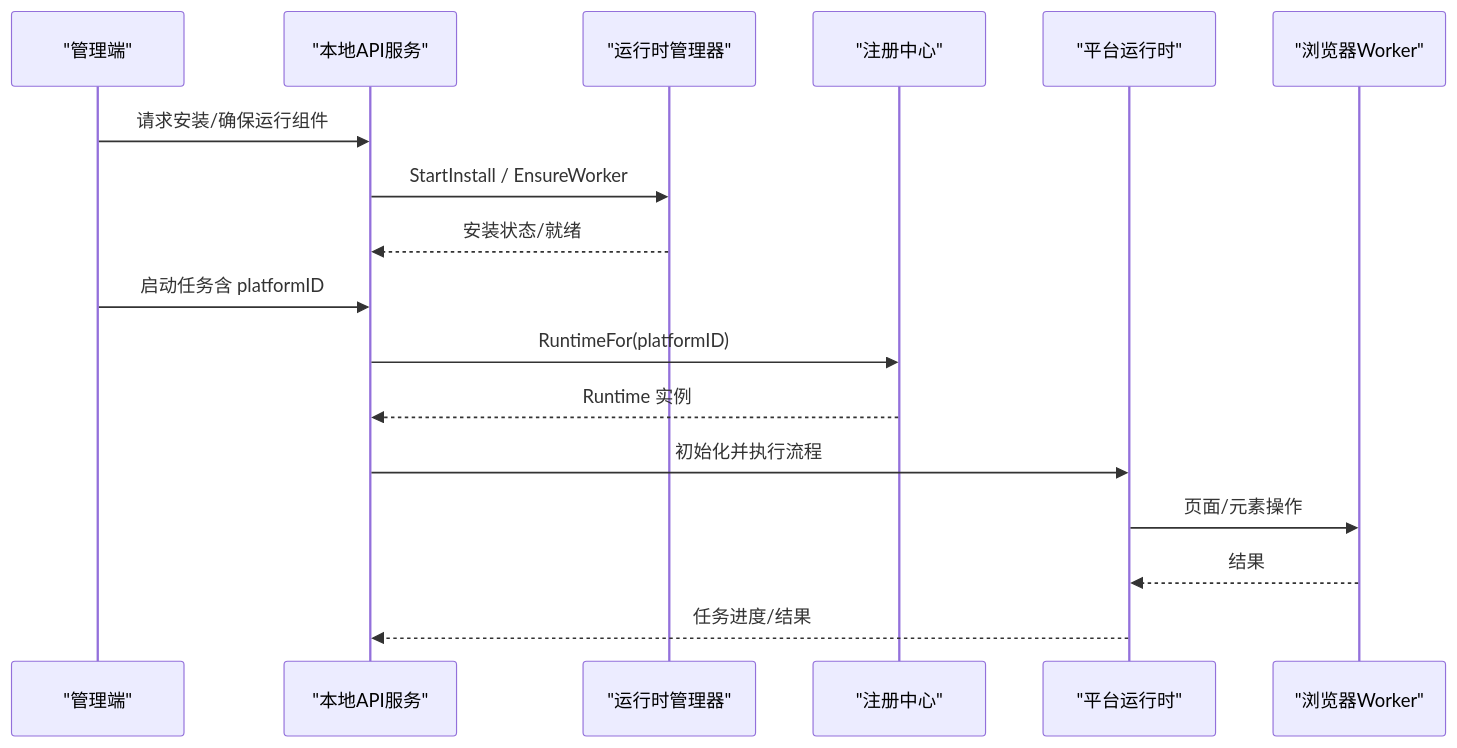
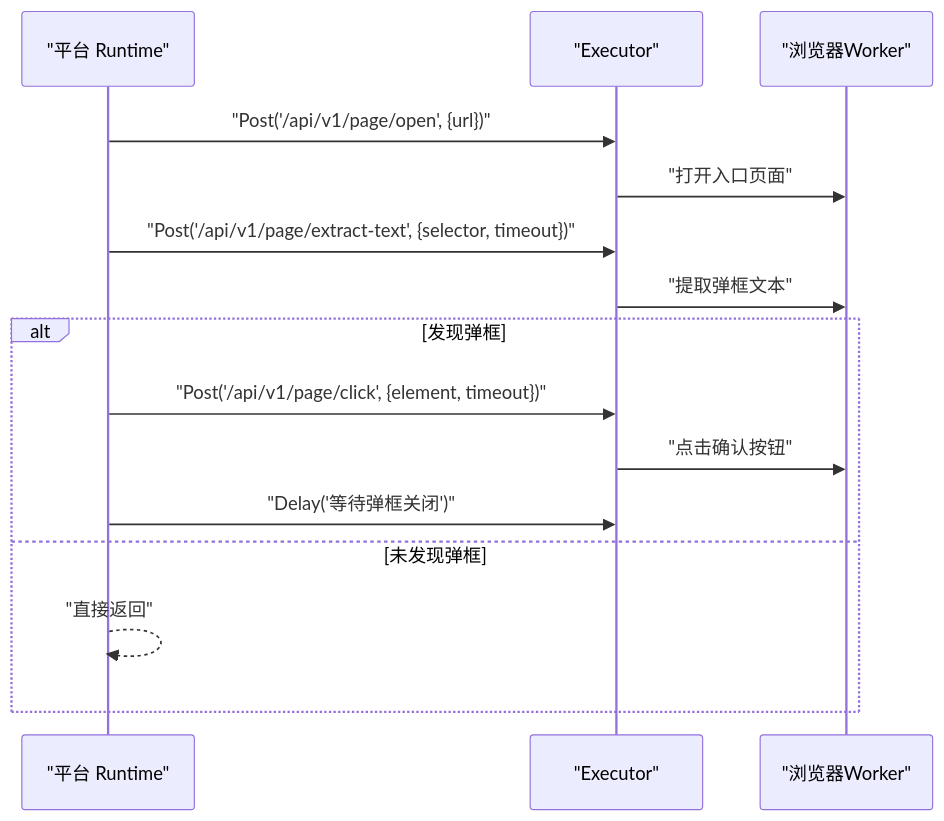
The fifth of 7 diagrams in .qoder/repowiki/zh/content/系统架构/本地Agent架构/平台适配器系统/平台注册中心.md (alvinwangzi/goodhr), drawn with Mermaid before and after one commit. The commit also changed other lines of this file and 149 other files, not shown here.

````diff
--- a/.qoder/repowiki/zh/content/系统架构/本地Agent架构/平台适配器系统/平台注册中心.md
+++ b/.qoder/repowiki/zh/content/系统架构/本地Agent架构/平台适配器系统/平台注册中心.md
@@ -212,19 +231,17 @@
 ```mermaid
 sequenceDiagram
-participant Admin as "管理端"
-participant API as "本地API服务"
-participant RTM as "运行时管理器"
-participant REG as "注册中心"
-participant RT as "平台运行时"
-participant BR as "浏览器Worker"
-Admin->>API : 请求安装/确保运行组件
-API->>RTM : StartInstall / EnsureWorker
-RTM-->>API : 安装状态/就绪
-Admin->>API : 启动任务含 platformID
-API->>REG : RuntimeFor(platformID)
-REG-->>API : Runtime 实例
-API->>RT : 初始化并执行流程
-RT->>BR : 页面/元素操作
-BR-->>RT : 结果
-RT-->>API : 任务进度/结果
+participant RT as "平台 Runtime"
+participant Exec as "Executor"
+participant Worker as "浏览器Worker"
+RT->>Exec : "Post('/api/v1/page/open', {url})"
+Exec->>Worker : "打开入口页面"
+RT->>Exec : "Post('/api/v1/page/extract-text', {selector, timeout})"
+Exec->>Worker : "提取弹框文本"
+alt 发现弹框
+RT->>Exec : "Post('/api/v1/page/click', {element, timeout})"
+Exec->>Worker : "点击确认按钮"
+RT->>Exec : "Delay('等待弹框关闭')"
+else 未发现弹框
+RT-->>RT : "直接返回"
+end
 ```
````
